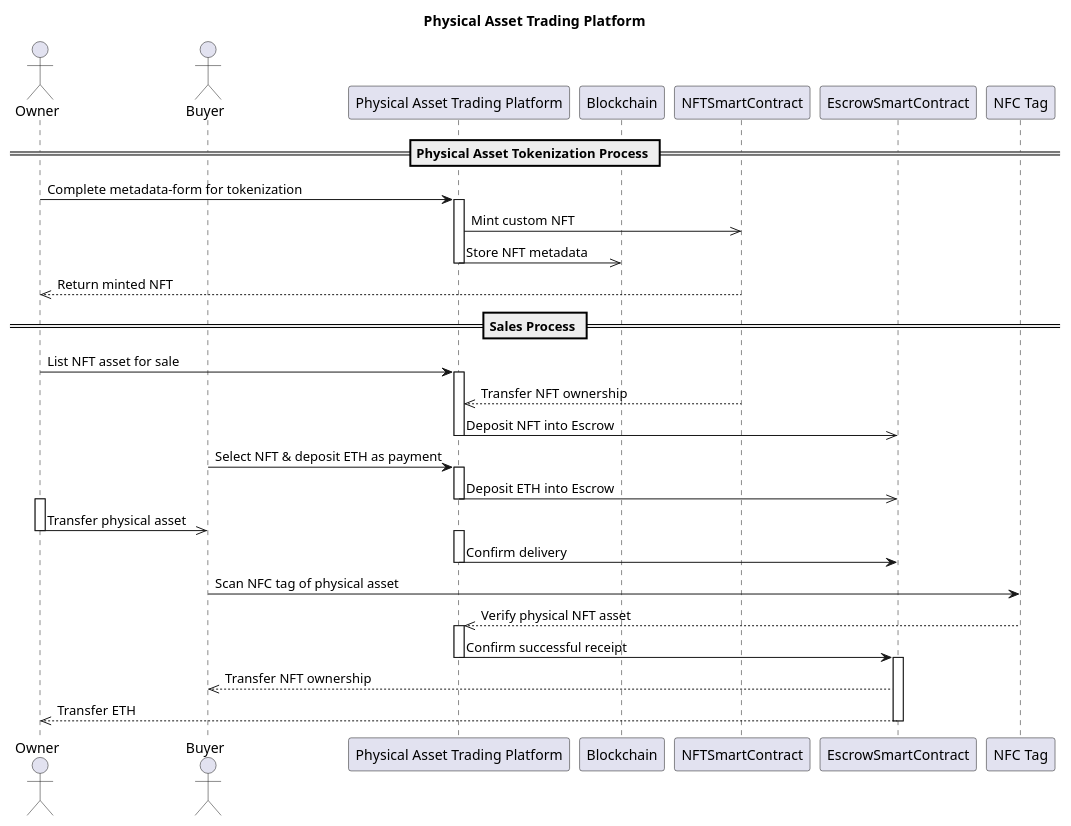
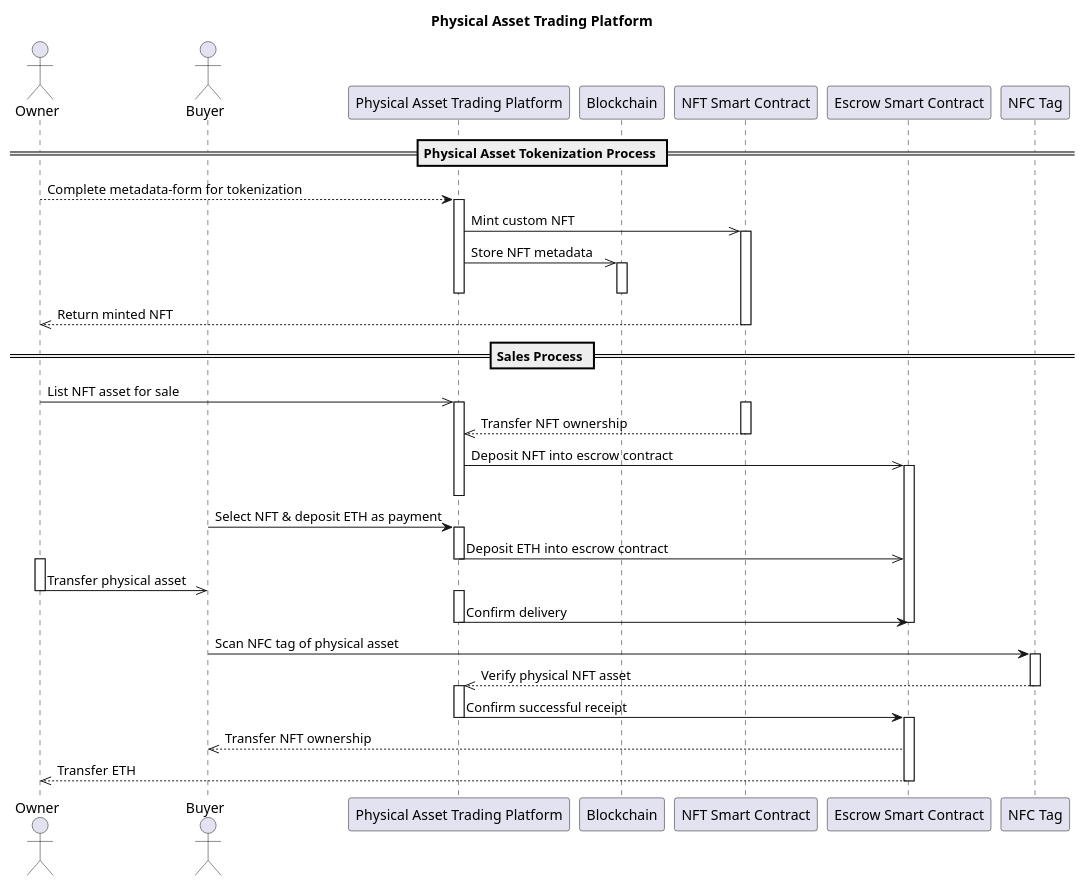
Before and after one commit to bee-force/phygital-bee-token2: the diagram in src/plantumldiagrams/sequence.plantuml, drawn with PlantUML. The commit also changed 8 other files, not shown here.

```diff
--- a/src/plantumldiagrams/sequence.plantuml
+++ b/src/plantumldiagrams/sequence.plantuml
@@ -1,51 +1,61 @@
 @startuml sequence0
 
 actor Owner
 actor Buyer
 
 participant "Physical Asset Trading Platform" as Platform
 
 participant Blockchain
-participant NFTSmartContract
-participant EscrowSmartContract
+participant "NFT Smart Contract" as NFTSmartContract
+participant "Escrow Smart Contract" as EscrowSmartContract
 
 participant "NFC Tag" as NFC
 
 title Physical Asset Trading Platform
 
 == Physical Asset Tokenization Process ==
-Owner -> Platform: Complete metadata-form for tokenization
+Owner --> Platform: Complete metadata-form for tokenization
 activate Platform
 Platform ->> NFTSmartContract: Mint custom NFT
+activate NFTSmartContract
 Platform ->> Blockchain: Store NFT metadata
+activate Blockchain
+deactivate Blockchain
 deactivate Platform
 NFTSmartContract -->> Owner: Return minted NFT
+deactivate NFTSmartContract
 
 == Sales Process ==
-Owner -> Platform: List NFT asset for sale
+Owner ->> Platform: List NFT asset for sale
 activate Platform
+activate NFTSmartContract
 NFTSmartContract -->> Platform: Transfer NFT ownership
-Platform ->> EscrowSmartContract: Deposit NFT into Escrow
+deactivate NFTSmartContract
+Platform ->> EscrowSmartContract: Deposit NFT into escrow contract
+activate EscrowSmartContract
 deactivate Platform
 Buyer -> Platform: Select NFT & deposit ETH as payment
 activate Platform
-Platform ->> EscrowSmartContract: Deposit ETH into Escrow
+Platform ->> EscrowSmartContract: Deposit ETH into escrow contract
 deactivate Platform
 activate Owner
 Owner ->> Buyer: Transfer physical asset
 deactivate Owner
 activate Platform
 Platform -> EscrowSmartContract: Confirm delivery
+deactivate EscrowSmartContract
 deactivate Platform
 Buyer -> NFC: Scan NFC tag of physical asset
+activate NFC
 NFC -->> Platform: Verify physical NFT asset
+deactivate NFC
 activate Platform
 Platform -> EscrowSmartContract: Confirm successful receipt
 deactivate Platform
 
 activate EscrowSmartContract
 EscrowSmartContract -->> Buyer: Transfer NFT ownership
 EscrowSmartContract -->> Owner: Transfer ETH
 deactivate EscrowSmartContract
 
 @enduml
```
